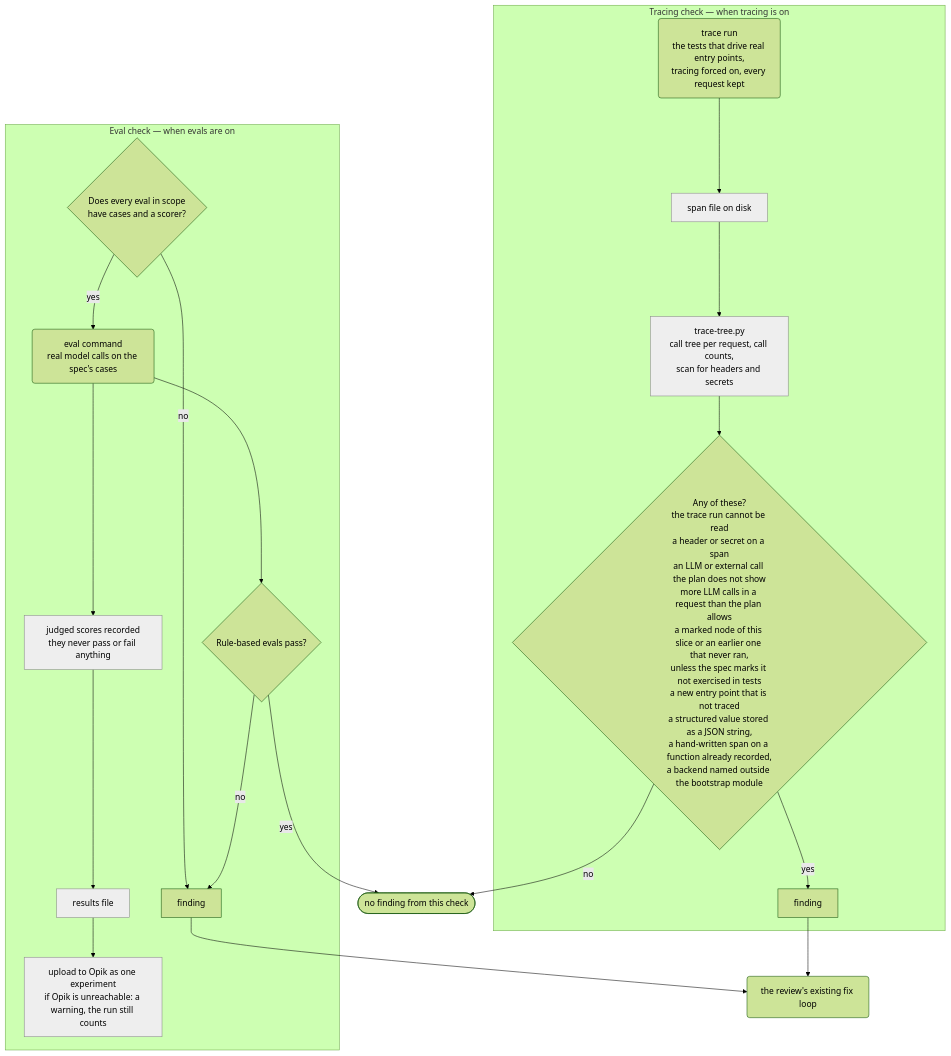
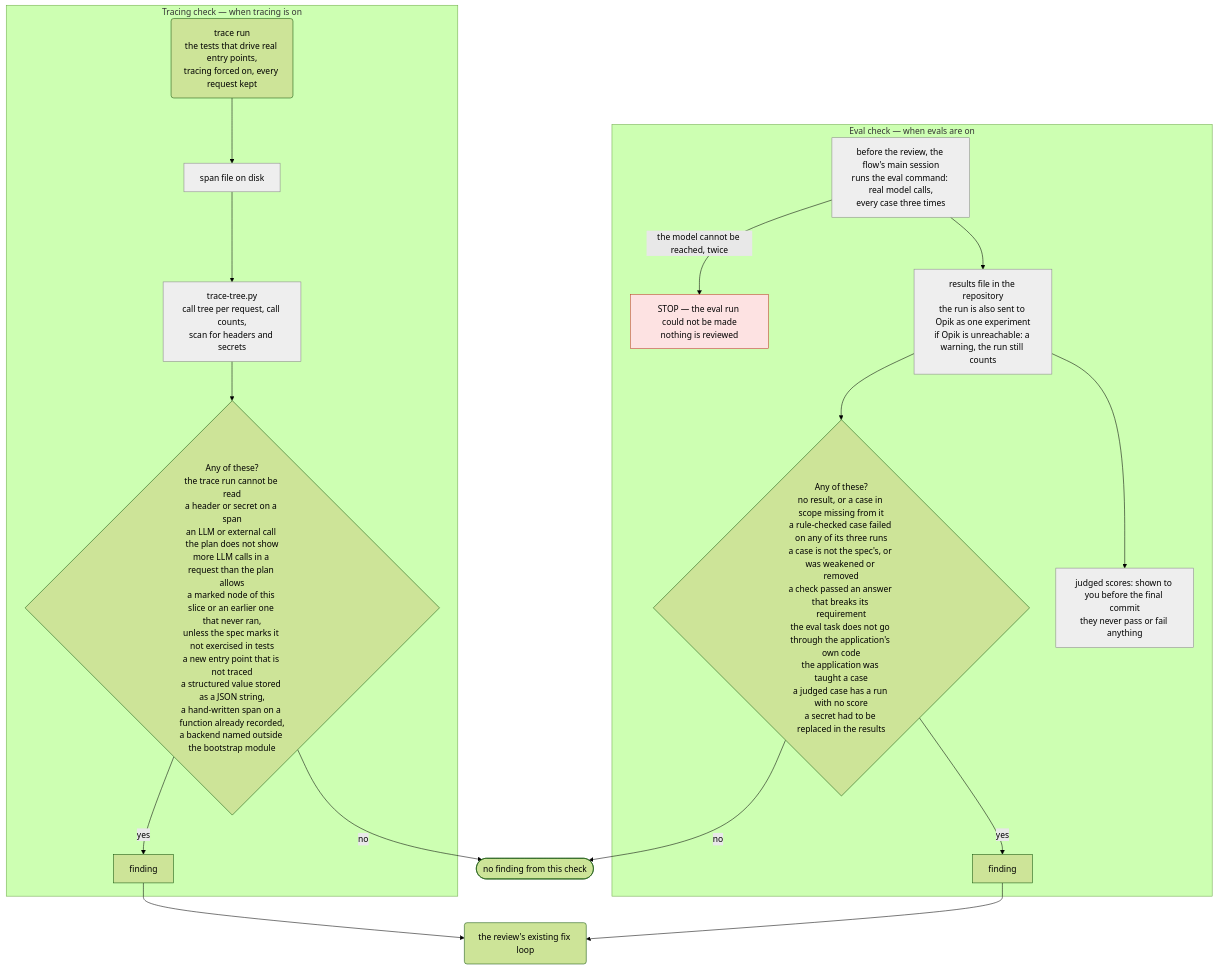
Before and after one commit to pablooliva/claude-plugins: the fourth of 5 diagrams in agent-engineering/docs/observability-diagram.md, drawn with Mermaid (forest theme). The commit also changed other lines of this file and 13 other files, not shown here.

````diff
--- a/agent-engineering/docs/observability-diagram.md
+++ b/agent-engineering/docs/observability-diagram.md
@@ -109,24 +111,24 @@
 ```mermaid
 flowchart TD
     subgraph T ["Tracing check — when tracing is on"]
         run("trace run<br/>the tests that drive real entry points,<br/>tracing forced on, every request kept") --> file["span file on disk"]:::orch
         file --> tree["trace-tree.py<br/>call tree per request, call counts,<br/>scan for headers and secrets"]:::orch
         tree --> cmp{"Any of these?<br/>the trace run cannot be read<br/>a header or secret on a span<br/>an LLM or external call the plan does not show<br/>more LLM calls in a request than the plan allows<br/>a marked node of this slice or an earlier one that never ran,<br/>unless the spec marks it not exercised in tests<br/>a new entry point that is not traced<br/>a structured value stored as a JSON string,<br/>a hand-written span on a function already recorded,<br/>a backend named outside the bootstrap module"}
         cmp -- "yes" --> tf["finding"]
     end
     subgraph E ["Eval check — when evals are on"]
-        cov{"Does every eval in scope<br/>have cases and a scorer?"} -- "no" --> ef["finding"]
-        cov -- "yes" --> ev("eval command<br/>real model calls on the spec's cases")
-        ev --> hard{"Rule-based evals pass?"}
-        hard -- "no" --> ef
-        ev --> judged["judged scores recorded<br/>they never pass or fail anything"]:::orch
-        judged --> res["results file"]:::orch
-        res --> up["upload to Opik as one experiment<br/>if Opik is unreachable: a warning, the run still counts"]:::orch
+        ev["before the review, the flow's main session<br/>runs the eval command: real model calls,<br/>every case three times"]:::orch
+        ev -- "the model cannot be reached, twice" --> estop["STOP — the eval run could not be made<br/>nothing is reviewed"]:::stop
+        ev --> res["results file in the repository<br/>the run is also sent to Opik as one experiment<br/>if Opik is unreachable: a warning, the run still counts"]:::orch
+        res --> chk{"Any of these?<br/>no result, or a case in scope missing from it<br/>a rule-checked case failed on any of its three runs<br/>a case is not the spec's, or was weakened or removed<br/>a check passed an answer that breaks its requirement<br/>the eval task does not go through the application's own code<br/>the application was taught a case<br/>a judged case has a run with no score<br/>a secret had to be replaced in the results"}
+        chk -- "yes" --> ef["finding"]
+        res --> judged["judged scores: shown to you before the final commit<br/>they never pass or fail anything"]:::orch
     end
     tf --> loop("the review's existing fix loop")
     ef --> loop
     cmp -- "no" --> ok(["no finding from this check"])
-    hard -- "yes" --> ok
+    chk -- "no" --> ok
 
     classDef orch fill:#eeeeee,stroke:#888888,color:#000
+    classDef stop fill:#fde2e2,stroke:#c0392b,color:#000
 ```
````
